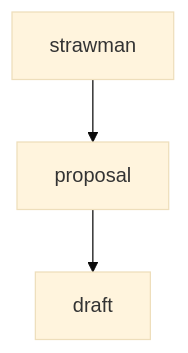
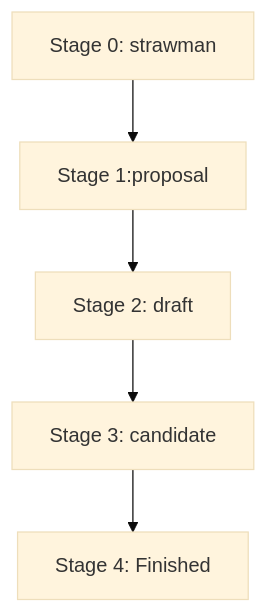
The diagram in 1_History.md (Azriel1909/Pink_JavaScript), drawn with Mermaid (base theme) before and after one commit.

````diff
--- a/1_History.md
+++ b/1_History.md
@@ -33,5 +33,7 @@
 ```mermaid
  graph TD;
-      A["strawman"] --> B["proposal"]; 
-      B --> C["draft"]; 
+      A["Stage 0: strawman"] --> B["Stage 1:proposal"]; 
+      B --> C["Stage 2: draft"];
+      C --> D["Stage 3: candidate"];
+      D --> E["Stage 4: Finished"];
 ```
````
